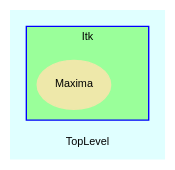
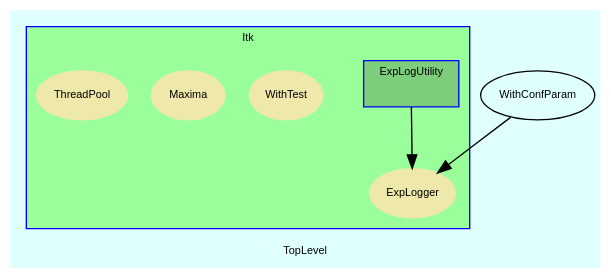
One commit to noda50/RubyItk changed the diagram in doc/dot/m_3_0.dot. Above: the diagram before and after it, drawn with Graphviz. The commit also changed 92 other files, not shown here.

Commit message:
add ExpLogger as a lib

```diff
--- a/doc/dot/m_3_0.dot
+++ b/doc/dot/m_3_0.dot
@@ -1,38 +1,94 @@
 digraph TopLevel {
+    fontsize = 8
     compound = true
-    fontsize = 8
+    label = "TopLevel"
     fontname = Arial
-    label = "TopLevel"
     bgcolor = lightcyan1
     node [
-        color = black,
         fontsize = 8,
-        fontname = Arial
+        fontname = Arial,
+        color = black
+    ]
+
+    Itk__ExpLogUtility -> Itk__ExpLogger [
+        ltail = cluster_Itk__ExpLogUtility
+    ]
+
+    WithConfParam [
+        URL = "classes/WithConfParam.html",
+        label = "WithConfParam"
+    ]
+
+    WithConfParam -> Itk__ExpLogger [
+
     ]
 
     subgraph cluster_Itk {
+        label = "Itk"
+        URL = "classes/Itk.html"
+        style = filled
+        fontname = Arial
         color = blue
         fillcolor = palegreen1
-        fontname = Arial
-        style = filled
-        label = "Itk"
-        URL = "classes/Itk.html"
         Itk [
             shape = plaintext,
             height = 0.01,
             width = 0.01,
             label = ""
         ]
 
-        Itk__Maxima [
-            color = palegoldenrod,
+        Itk__WithTest [
             shape = ellipse,
             fontcolor = black,
+            URL = "classes/Itk/WithTest.html",
             style = filled,
+            color = palegoldenrod,
+            label = "WithTest"
+        ]
+
+        Itk__ExpLogger [
+            shape = ellipse,
+            fontcolor = black,
+            URL = "classes/Itk/ExpLogger.html",
+            style = filled,
+            color = palegoldenrod,
+            label = "ExpLogger"
+        ]
+
+        Itk__Maxima [
+            shape = ellipse,
+            fontcolor = black,
             URL = "classes/Itk/Maxima.html",
+            style = filled,
+            color = palegoldenrod,
             label = "Maxima"
         ]
+
+        Itk__ThreadPool [
+            shape = ellipse,
+            fontcolor = black,
+            URL = "classes/Itk/ThreadPool.html",
+            style = filled,
+            color = palegoldenrod,
+            label = "ThreadPool"
+        ]
+
+        subgraph cluster_Itk__ExpLogUtility {
+            label = "ExpLogUtility"
+            URL = "classes/Itk/ExpLogUtility.html"
+            style = filled
+            fontname = Arial
+            color = blue
+            fillcolor = palegreen3
+            Itk__ExpLogUtility [
+                shape = plaintext,
+                height = 0.01,
+                width = 0.75,
+                label = ""
+            ]
+
+        }
 
     }
 
 }
```
